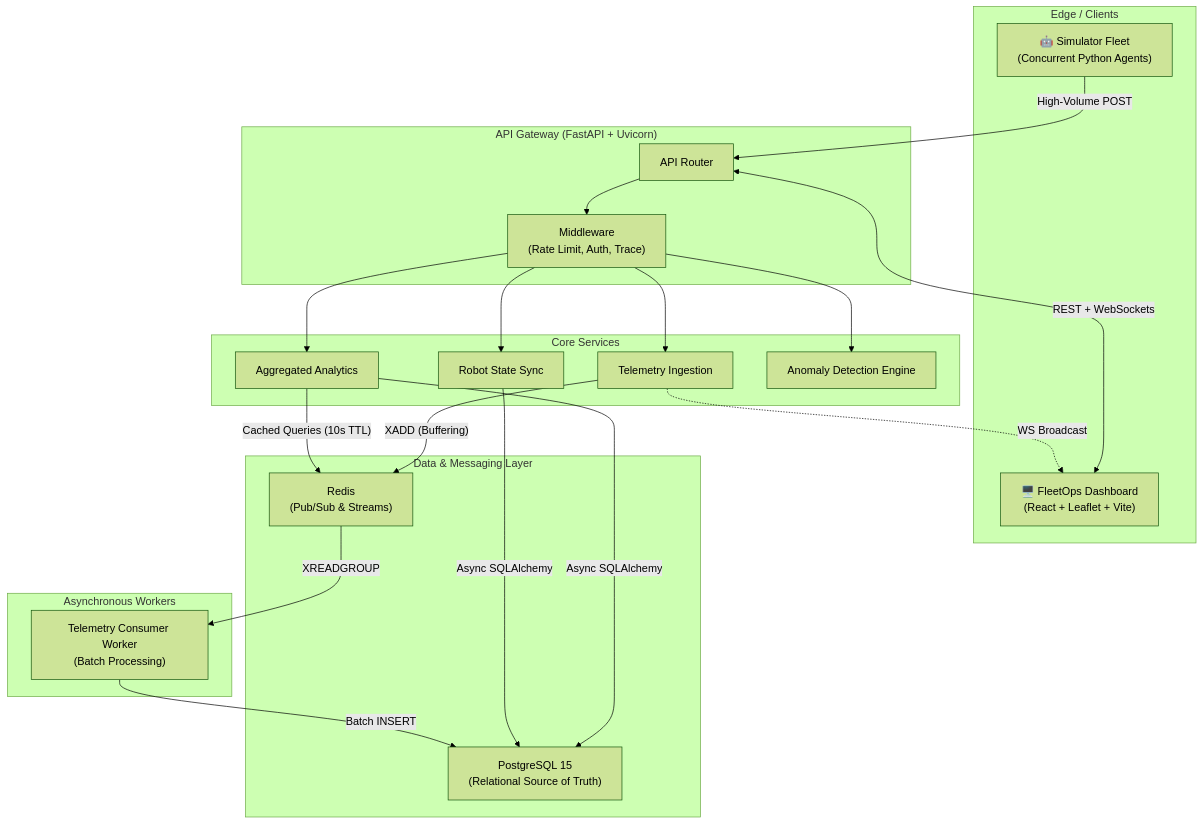
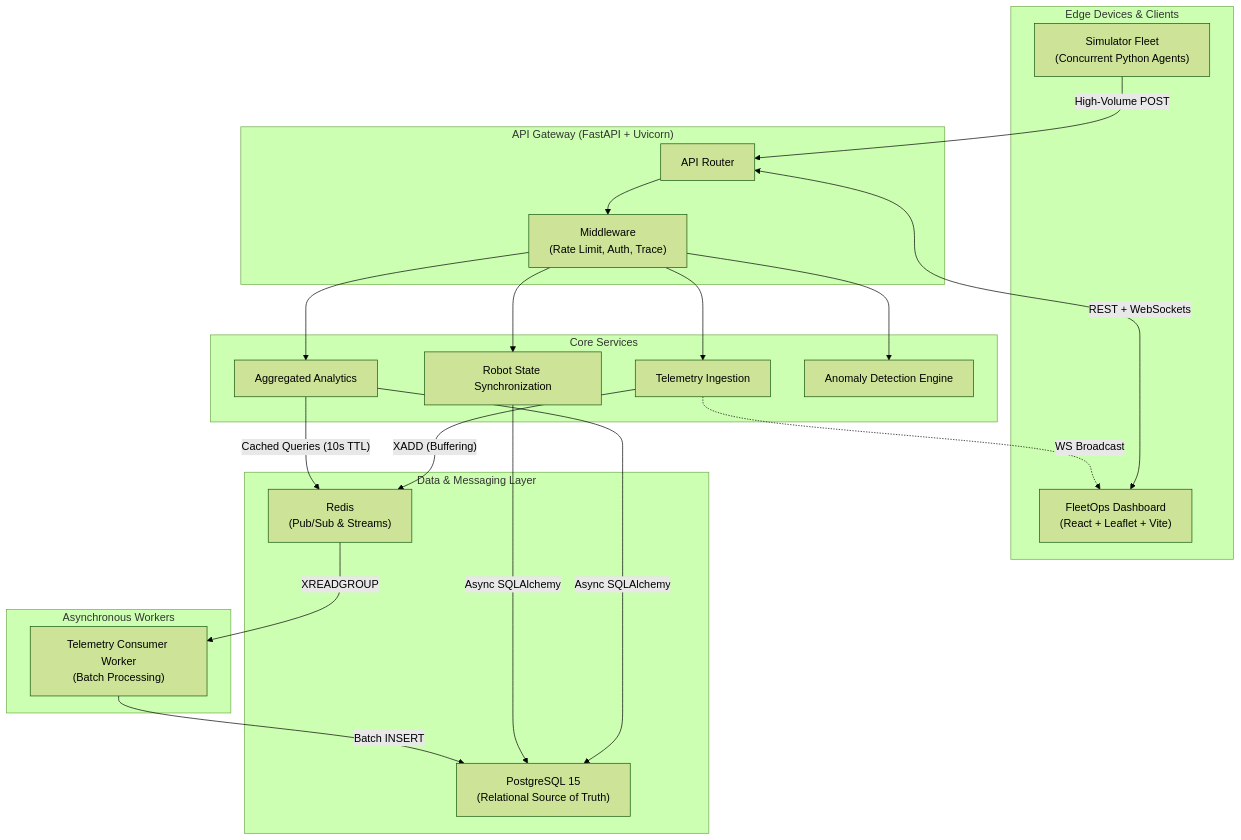
One commit to colin-110/robot-fleet-platform changed the diagram in README.md. Above: the diagram before and after it, drawn with Mermaid (forest theme). The commit also changed other lines of this file and 2 other files, not shown here.

````diff
--- a/README.md
+++ b/README.md
@@ -46,41 +48,41 @@
 ```mermaid
 graph TB
-  subgraph "Edge / Clients"
-    SIM["🤖 Simulator Fleet<br>(Concurrent Python Agents)"]
-    DASH["🖥️ FleetOps Dashboard<br>(React + Leaflet + Vite)"]
+  subgraph "Edge Devices & Clients"
+    SIM["Simulator Fleet\n(Concurrent Python Agents)"]
+    DASH["FleetOps Dashboard\n(React + Leaflet + Vite)"]
   end
 
   subgraph "API Gateway (FastAPI + Uvicorn)"
     API["API Router"]
-    MW["Middleware<br>(Rate Limit, Auth, Trace)"]
+    MW["Middleware\n(Rate Limit, Auth, Trace)"]
   end
 
   subgraph "Core Services"
     SVC_T["Telemetry Ingestion"]
-    SVC_R["Robot State Sync"]
+    SVC_R["Robot State Synchronization"]
     SVC_A["Aggregated Analytics"]
     SVC_ML["Anomaly Detection Engine"]
   end
 
   subgraph "Data & Messaging Layer"
-    CACHE["Redis<br>(Pub/Sub & Streams)"]
-    DB["PostgreSQL 15<br>(Relational Source of Truth)"]
+    CACHE["Redis\n(Pub/Sub & Streams)"]
+    DB["PostgreSQL 15\n(Relational Source of Truth)"]
   end
   
   subgraph "Asynchronous Workers"
-    Worker["Telemetry Consumer Worker<br>(Batch Processing)"]
+    Worker["Telemetry Consumer Worker\n(Batch Processing)"]
   end
 
   SIM -->|"High-Volume POST"| API
   DASH <-->|"REST + WebSockets"| API
   API --> MW
   MW --> SVC_T & SVC_R & SVC_A & SVC_ML
 
   SVC_A -->|"Cached Queries (10s TTL)"| CACHE
   SVC_T -->|"XADD (Buffering)"| CACHE
   SVC_T -.->|"WS Broadcast"| DASH
   
   CACHE -->|"XREADGROUP"| Worker
   Worker -->|"Batch INSERT"| DB
   SVC_R & SVC_A -->|"Async SQLAlchemy"| DB
 ```
````
